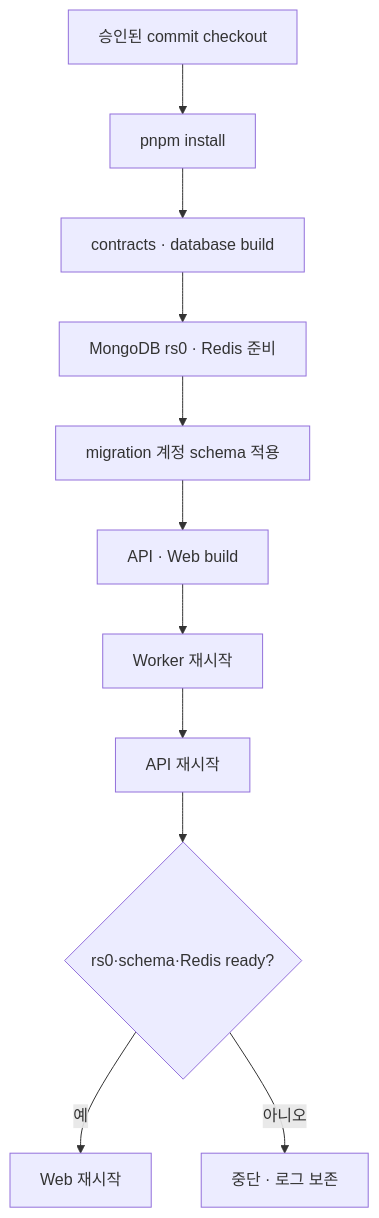
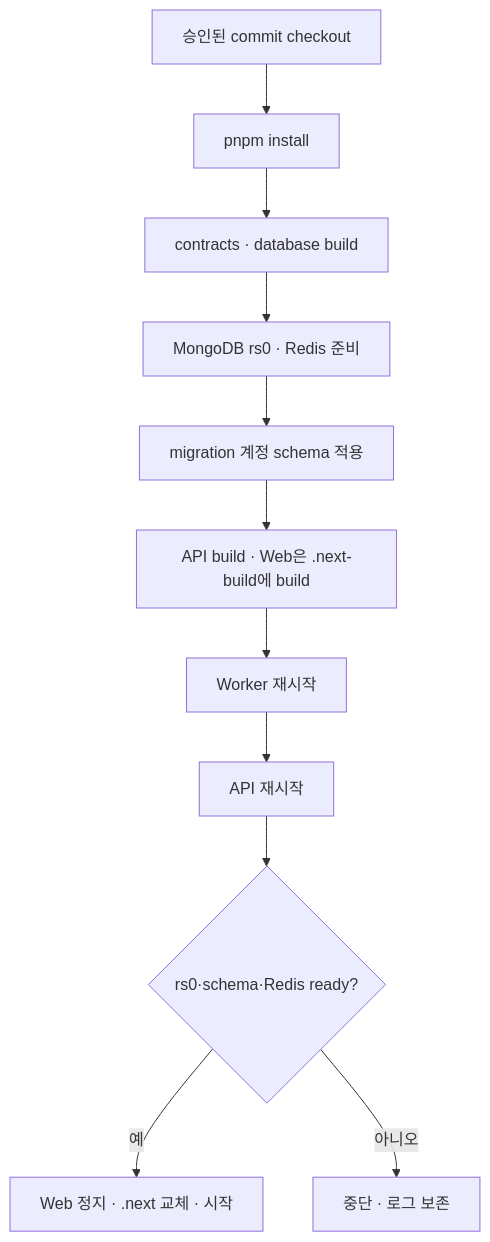
One commit to Expresso-Organization/expresso changed the diagram in docs/operations/DEPLOYMENT.md. Above: the diagram before and after it, drawn with Mermaid. The commit also changed other lines of this file and 3 other files, not shown here.

````diff
--- a/docs/operations/DEPLOYMENT.md
+++ b/docs/operations/DEPLOYMENT.md
@@ -24,13 +24,13 @@
 ```mermaid
 flowchart TD
     FETCH["승인된 commit checkout"] --> INSTALL["pnpm install"]
     INSTALL --> CONTRACTS["contracts · database build"]
     CONTRACTS --> INFRA["MongoDB rs0 · Redis 준비"]
     INFRA --> MIGRATE["migration 계정 schema 적용"]
-    MIGRATE --> BUILD["API · Web build"]
+    MIGRATE --> BUILD["API build · Web은 .next-build에 build"]
     BUILD --> WORKER["Worker 재시작"]
     WORKER --> API["API 재시작"]
     API --> READY{"rs0·schema·Redis ready?"}
-    READY -->|예| WEB["Web 재시작"]
+    READY -->|예| WEB["Web 정지 · .next 교체 · 시작"]
     READY -->|아니오| STOP["중단 · 로그 보존"]
 ```
````
